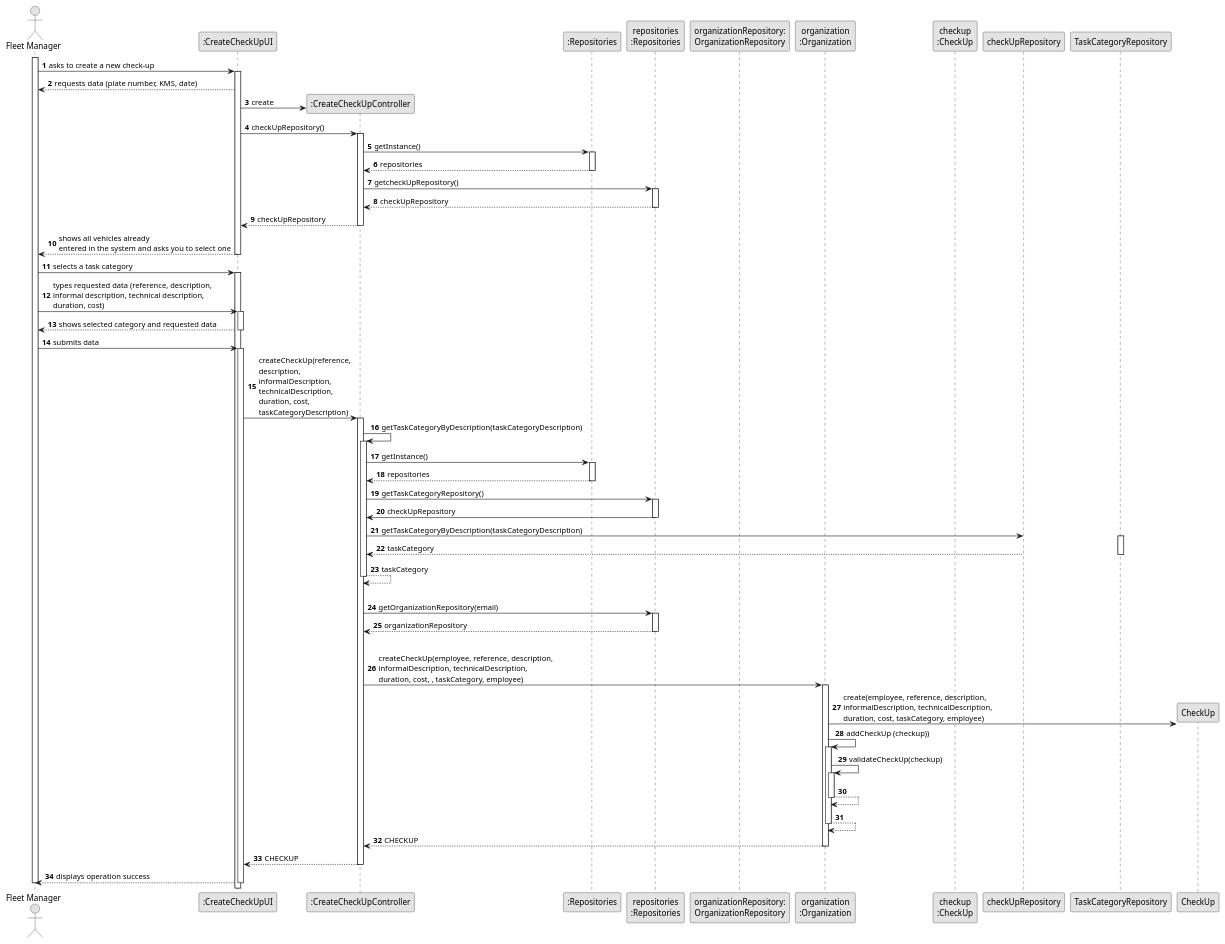
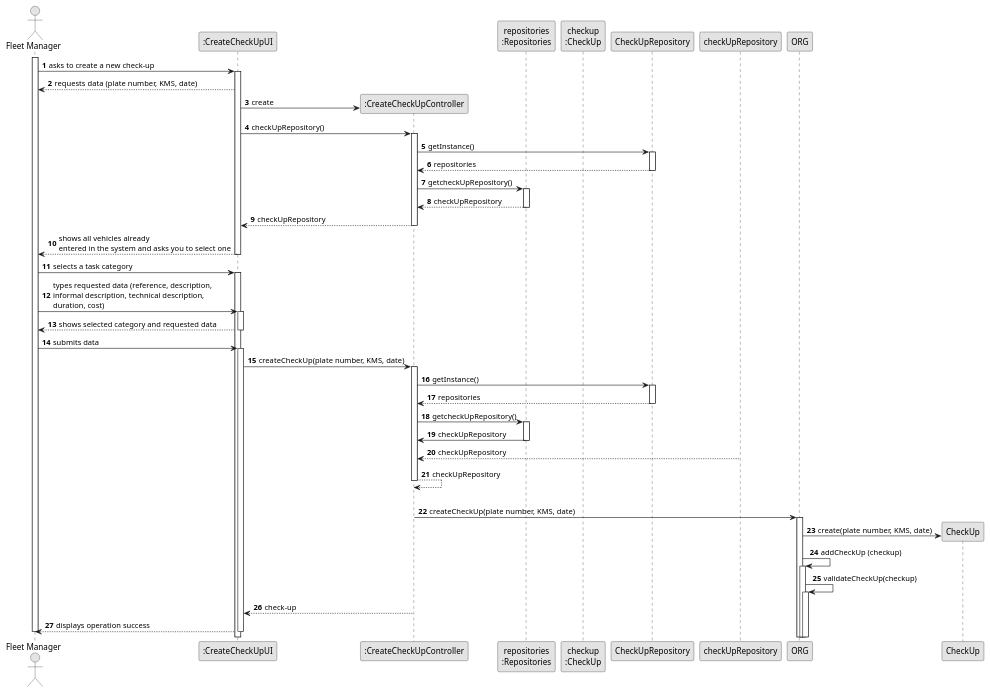
One commit to daniel41silva05/ISEP_2023_2024_LAPR2 changed the diagram in docs/sprintA&B/us007/03.design/puml/us007-sequence-diagram-full.puml. Above: the diagram before and after it, drawn with PlantUML. The commit also changed 2 other files, not shown here.

```diff
--- a/docs/sprintA&B/us007/03.design/puml/us007-sequence-diagram-full.puml
+++ b/docs/sprintA&B/us007/03.design/puml/us007-sequence-diagram-full.puml
@@ -1,178 +1,105 @@
 @startuml
 skinparam monochrome true
 skinparam packageStyle rectangle
 skinparam shadowing false
 
 autonumber
 
 'hide footbox
 actor "Fleet Manager" as FM
 participant ":CreateCheckUpUI" as UI
 participant ":CreateCheckUpController" as CTRL
-participant ":Repositories" as RepositorySingleton
 participant "repositories\n:Repositories" as PLAT
-'participant "taskCategoryRepository:\nTaskCategoryRepository" as TaskCategoryRepository
-'participant ":ApplicationSession" as _APP
-'participant "appSession\n:ApplicationSession" as APP
-'participant "currentSession\n:UserSession" as SESSAO
-participant "organizationRepository:\nOrganizationRepository" as OrganizationRepository
-participant "organization\n:Organization" as ORG
 participant "checkup\n:CheckUp" as CHECKUP
+participant "CheckUpRepository" as CHECKUPS
 
 activate FM
 
         FM -> UI : asks to create a new check-up
 
         activate UI
 
             UI --> FM : requests data (plate number, KMS, date)
             create CTRL
             UI -> CTRL** : create
 
             UI -> CTRL : checkUpRepository()
             activate CTRL
 
-                CTRL -> RepositorySingleton : getInstance()
-                activate RepositorySingleton
+                CTRL -> CHECKUPS : getInstance()
+                activate CHECKUPS
 
-                    RepositorySingleton --> CTRL: repositories
-                deactivate RepositorySingleton
+                    CHECKUPS --> CTRL: repositories
+                deactivate CHECKUPS
 
                 CTRL -> PLAT : getcheckUpRepository()
                 activate PLAT
 
                     PLAT --> CTRL: checkUpRepository
                 deactivate PLAT
 
-'                CTRL -> TaskCategoryRepository : getcheckUpRepository()
-'                activate TaskCategoryRepository
-
-'                    TaskCategoryRepository --> CTRL : taskCategoryList
-'                deactivate TaskCategoryRepository
 '
                 CTRL --> UI : checkUpRepository
             deactivate CTRL
 
             UI --> FM : shows all vehicles already \nentered in the system and asks you to select one
         deactivate UI
 
     FM -> UI : selects a task category
     activate UI
 
 
     FM -> UI : types requested data (reference, description, \ninformal description, technical description,\nduration, cost)
     activate UI
 
         UI --> FM : shows selected category and requested data
     deactivate UI
 
     FM -> UI : submits data
     activate UI
 
-        UI -> CTRL : createCheckUp(reference,\ndescription,\ninformalDescription,\ntechnicalDescription,\nduration, cost,\ntaskCategoryDescription)
+        UI -> CTRL : createCheckUp(plate number, KMS, date)
         activate CTRL
 
-            CTRL -> CTRL : getTaskCategoryByDescription(taskCategoryDescription)
-            activate CTRL
 
-                CTRL -> RepositorySingleton : getInstance()
-                activate RepositorySingleton
+                CTRL -> CHECKUPS : getInstance()
+                activate CHECKUPS
 
-                    RepositorySingleton --> CTRL: repositories
-                deactivate RepositorySingleton
+                    CHECKUPS --> CTRL: repositories
+                deactivate CHECKUPS
 
-                CTRL -> PLAT : getTaskCategoryRepository()
+                CTRL -> PLAT : getcheckUpRepository()
                 activate PLAT
 
                     PLAT -> CTRL : checkUpRepository
                 deactivate PLAT
 
-                CTRL -> checkUpRepository : getTaskCategoryByDescription(taskCategoryDescription)
-                activate TaskCategoryRepository
 
-                    checkUpRepository --> CTRL : taskCategory
-                deactivate TaskCategoryRepository
-                    CTRL --> CTRL : taskCategory
+                    checkUpRepository --> CTRL : checkUpRepository
+                deactivate checkUpRepository
+                    CTRL --> CTRL : checkUpRepository
             deactivate CTRL
 
-            |||
-'            CTRL -> CTRL : getEmployeeFromSession()
-'            activate CTRL
-'
-'                CTRL -> _APP: getInstance()
-'                activate _APP
-'                    _APP -> CTRL: appSession
-'                deactivate _APP
-
-'
-'                CTRL -> APP: getCurrentSession()
-'                activate APP
-
-'                    APP --> CTRL: currentSession
-'                deactivate APP
-'
-'                CTRL -> SESSAO: email = getUserEmail()
-'                activate SESSAO
-'
-'                    SESSAO --> CTRL: email
-'                deactivate SESSAO
 
 
-                CTRL -> PLAT: getOrganizationRepository(email)
-                activate PLAT
-
-                    PLAT --> CTRL: organizationRepository
-                deactivate PLAT
-
-
-'                CTRL -> OrganizationRepository: getOrganizationByEmployeeEmail(email)
-'                activate OrganizationRepository
-'
-'                    loop [for each organization
-'                        OrganizationRepository -> ORG : anyEmployeeHasEmail(email)
-'                        activate ORG
-'
-'                             ORG --> OrganizationRepository : true/false
-'                        deactivate ORG
-'                    end
-'                    OrganizationRepository --> CTRL : organization
-'                deactivate OrganizationRepository
-
-'                CTRL -> ORG: getEmployeeByEmail(email)
-'                activate ORG
-
-'                    ORG --> CTRL : employee
-'                deactivate ORG
-'
-'                CTRL --> CTRL : employee
-'            deactivate CTRL
-
             |||
-            CTRL -> ORG: createCheckUp(employee, reference, description,\ninformalDescription, technicalDescription,\nduration, cost, , taskCategory, employee)
+            CTRL -> ORG: createCheckUp(plate number, KMS, date)
             activate ORG
 
-                ORG -> CheckUp**: create(employee, reference, description,\ninformalDescription, technicalDescription,\nduration, cost, taskCategory, employee)
-                ORG -> ORG: addCheckUp (checkup))
+                ORG -> CheckUp**: create(plate number, KMS, date)
+                ORG -> ORG: addCheckUp (checkup)
 
 
                 activate ORG
                     ORG -> ORG: validateCheckUp(checkup)
                     activate ORG
-                        ORG --> ORG
-                    deactivate ORG
 
-                    ORG --> ORG
-                deactivate ORG
 
-                ORG --> CTRL : CHECKUP
-
-            deactivate ORG
-
-            CTRL --> UI: CHECKUP
+            CTRL --> UI: check-up
             deactivate CTRL
             UI --> FM: displays operation success
     deactivate UI
 
 deactivate FM
 
 @enduml
```
